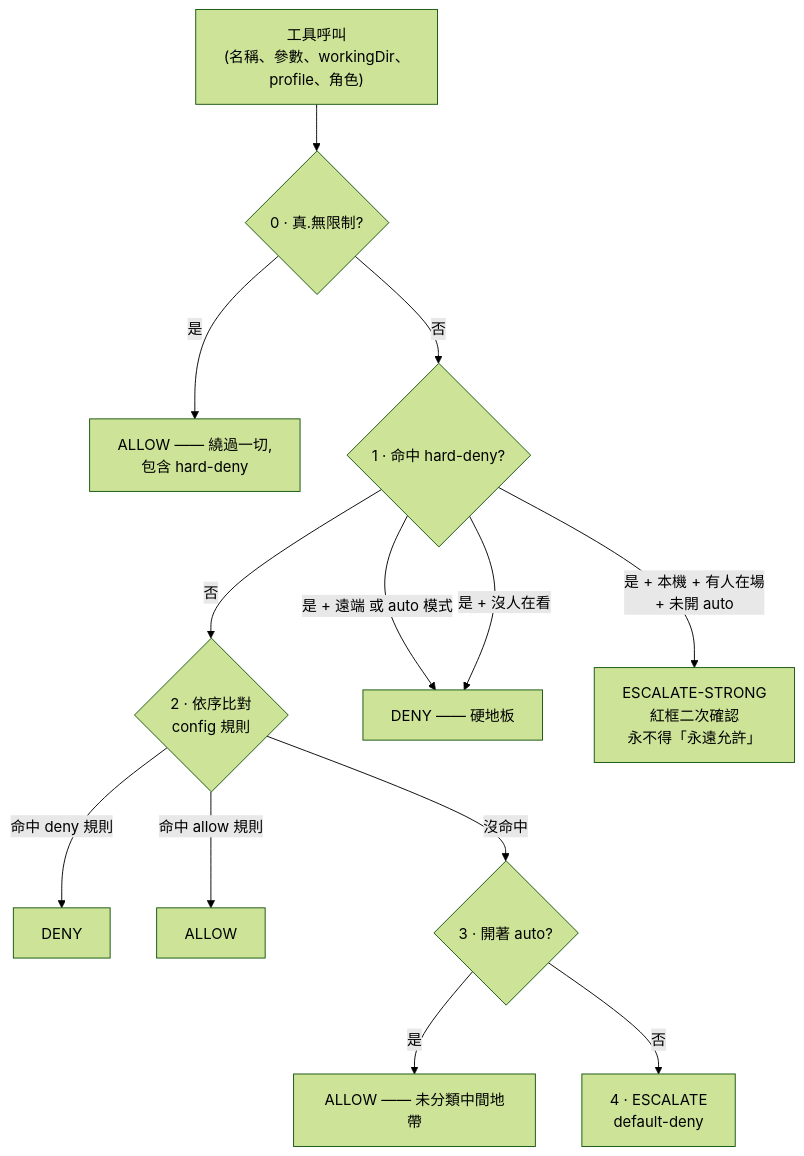
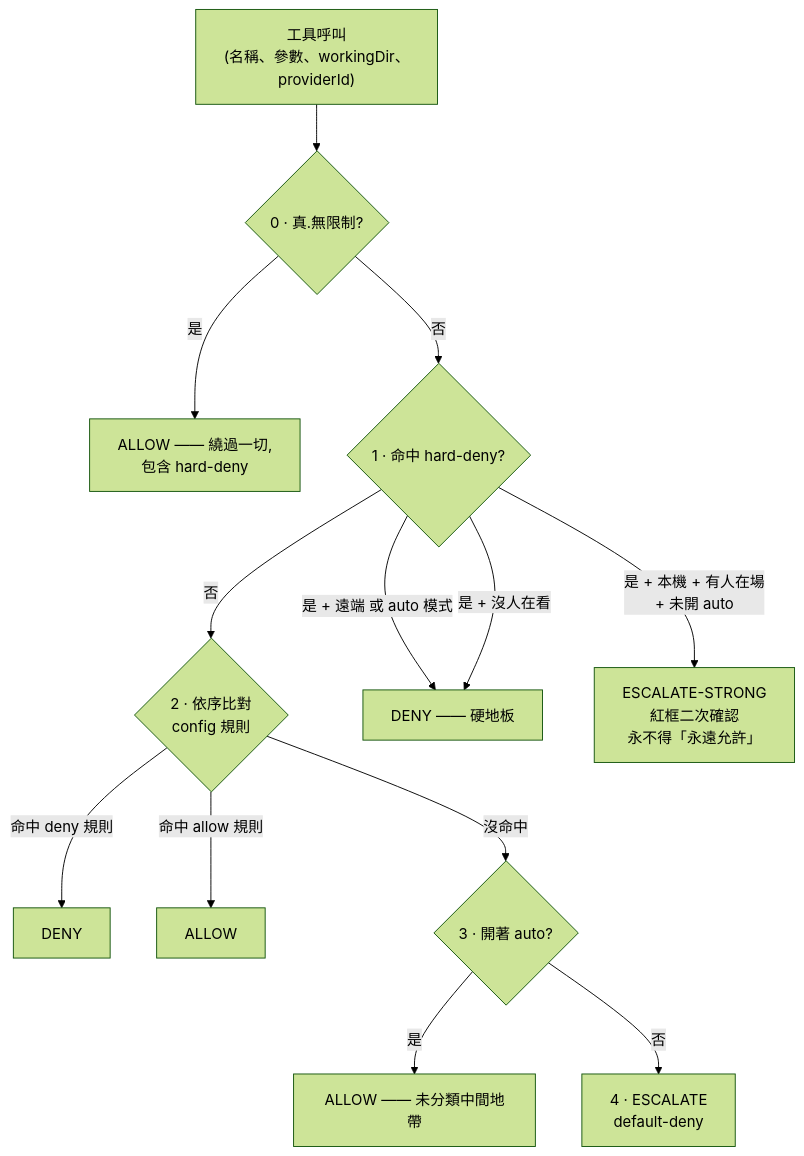
One commit to xing-101729/deskmony changed the first of 2 diagrams in README.zh-Hant.md. Above: the diagram before and after it, drawn with Mermaid (forest theme). The commit also changed other lines of this file and 10 other files, not shown here.

````diff
--- a/README.zh-Hant.md
+++ b/README.zh-Hant.md
@@ -51,15 +51,15 @@
 ```mermaid
 flowchart TB
-    Req["工具呼叫<br/>(名稱、參數、workingDir、profile、角色)"] --> TU{"0 · 真.無限制?"}
+    Req["工具呼叫<br/>(名稱、參數、workingDir、providerId)"] --> TU{"0 · 真.無限制?"}
     TU -- 是 --> Allow0["ALLOW —— 繞過一切,<br/>包含 hard-deny"]
     TU -- 否 --> HD{"1 · 命中 hard-deny?"}
     HD -- 否 --> Rules{"2 · 依序比對<br/>config 規則"}
     HD -- "是 + 遠端 或 auto 模式" --> Deny["DENY —— 硬地板"]
     HD -- "是 + 本機 + 有人在場<br/>+ 未開 auto" --> Strong["ESCALATE-STRONG<br/>紅框二次確認<br/>永不得「永遠允許」"]
     HD -- "是 + 沒人在看" --> Deny
     Rules -- "命中 deny 規則" --> Deny2["DENY"]
     Rules -- "命中 allow 規則" --> Allow["ALLOW"]
     Rules -- "沒命中" --> Auto{"3 · 開著 auto?"}
     Auto -- 是 --> Allow2["ALLOW —— 未分類中間地帶"]
     Auto -- 否 --> Esc["4 · ESCALATE<br/>default-deny"]
 ```
````
